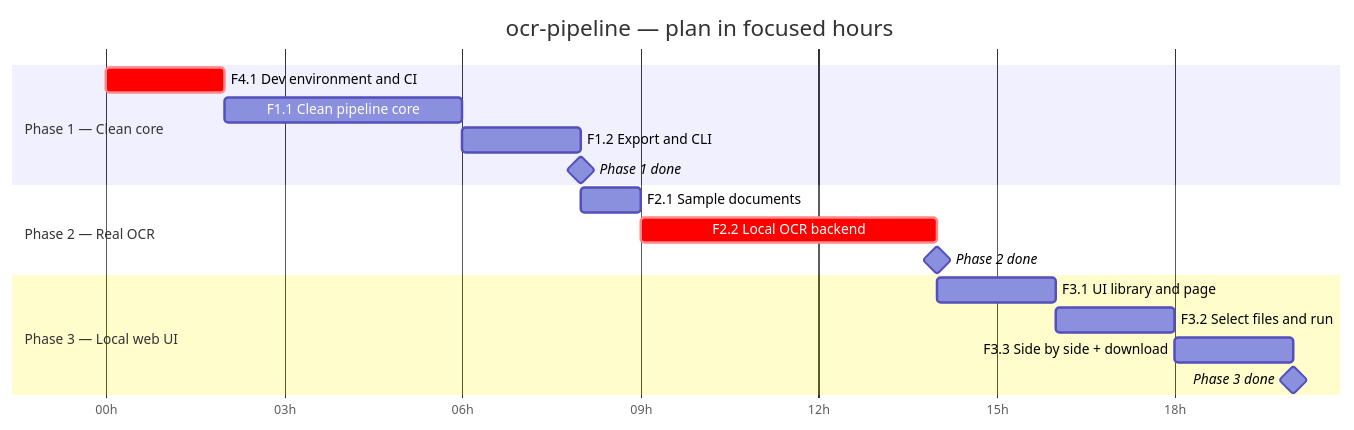
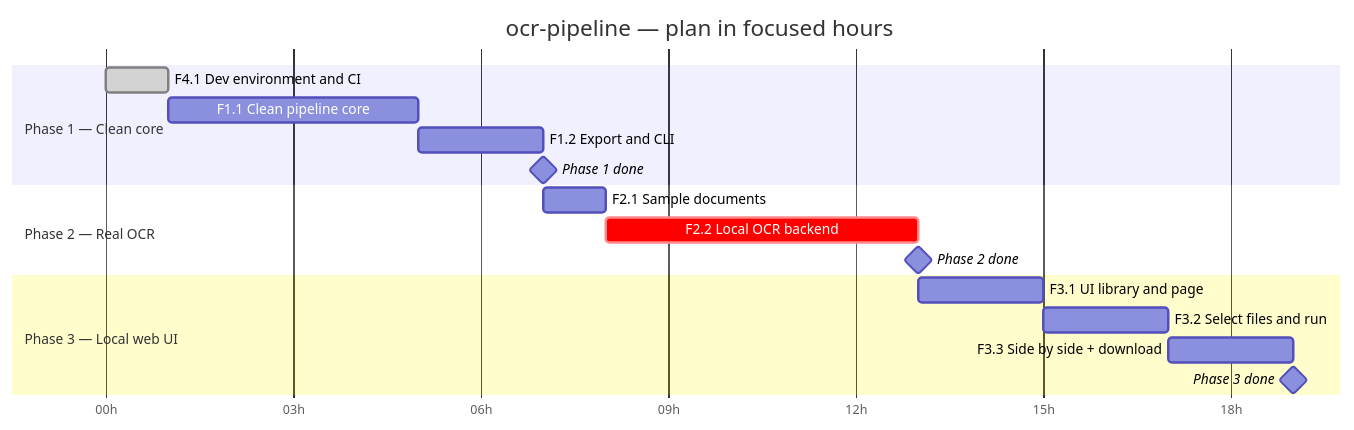
One commit to flegaspi700/ocr-pipeline changed the diagram in docs/04-project-plan.md. Above: the diagram before and after it, drawn with Mermaid. The commit also changed other lines of this file and 1 other file, not shown here.

````diff
--- a/docs/04-project-plan.md
+++ b/docs/04-project-plan.md
@@ -143,23 +143,23 @@
 ```mermaid
 gantt
     title ocr-pipeline — plan in focused hours
     dateFormat YYYY-MM-DD HH:mm
     axisFormat %Hh
 
     section Phase 1 — Clean core
-    F4.1 Dev environment and CI   :crit, f41, 2026-10-10 00:00, 2h
+    F4.1 Dev environment and CI   :done, f41, 2026-10-10 00:00, 1h
     F1.1 Clean pipeline core      :f11, after f41, 4h
     F1.2 Export and CLI           :f12, after f11, 2h
     Phase 1 done                  :milestone, m1, after f12, 0h
 
     section Phase 2 — Real OCR
     F2.1 Sample documents         :f21, after m1, 1h
     F2.2 Local OCR backend        :crit, f22, after f21, 5h
     Phase 2 done                  :milestone, m2, after f22, 0h
 
     section Phase 3 — Local web UI
     F3.1 UI library and page      :f31, after m2, 2h
     F3.2 Select files and run     :f32, after f31, 2h
     F3.3 Side by side + download  :f33, after f32, 2h
     Phase 3 done                  :milestone, m3, after f33, 0h
 ```
````
